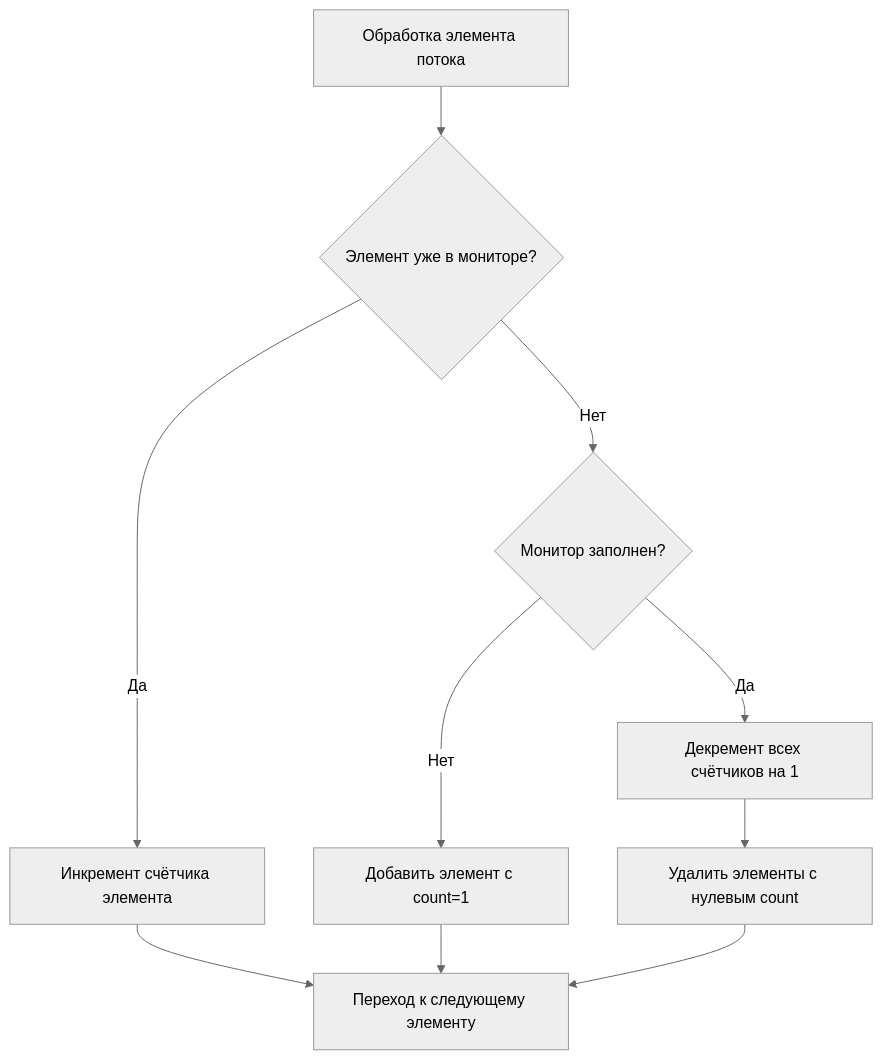
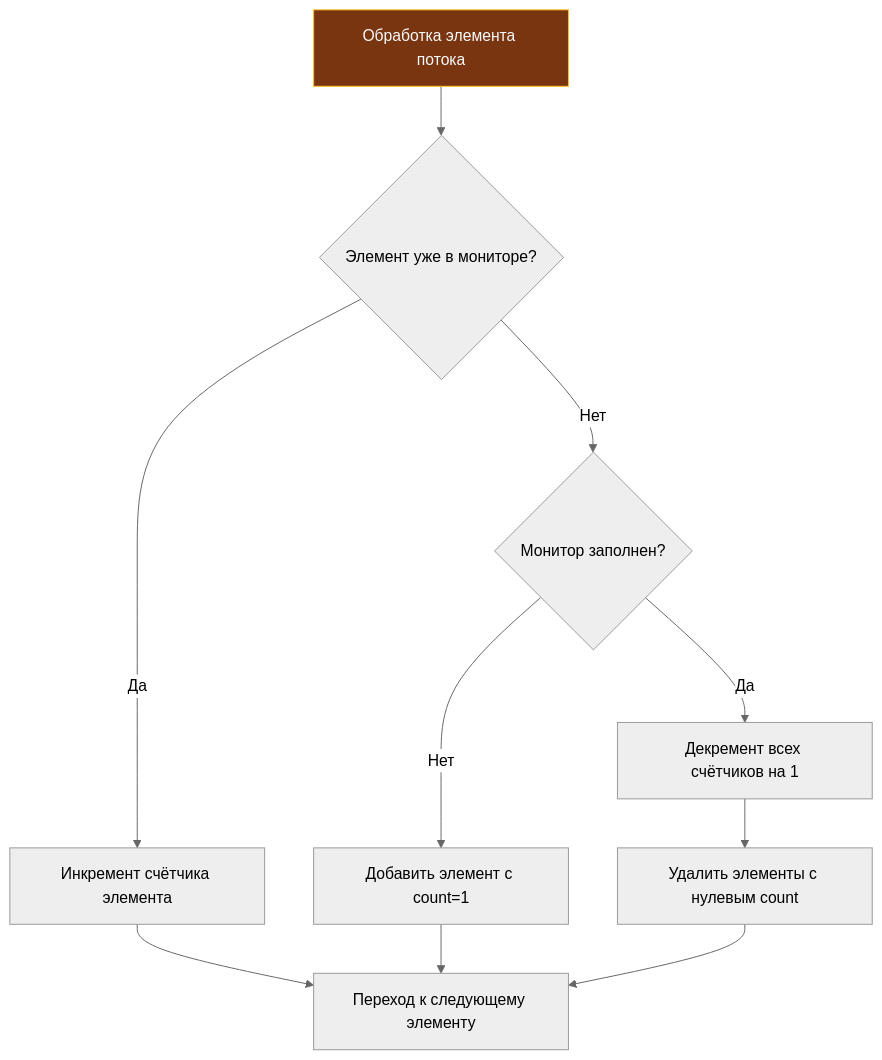
Before and after one commit to UnrealTemplier/go-textbook: the first of 3 diagrams in sources/21. Задачи с LeetCode и собеседований на Go/02. Задачи/28. Потоковые алгоритмы/2. Heavy hitters.md, drawn with Mermaid (neutral theme). The commit also changed other lines of this file and 1666 other files, not shown here.

First line of the commit message:
feat(mermaid): add semantic color classDef to 1369 colorless flowchart/graph diagrams

````diff
--- a/sources/21. Задачи с LeetCode и собеседований на Go/02. Задачи/28. Потоковые алгоритмы/2. Heavy hitters.md
+++ b/sources/21. Задачи с LeetCode и собеседований на Go/02. Задачи/28. Потоковые алгоритмы/2. Heavy hitters.md
@@ -5,12 +5,22 @@
 ```mermaid
 flowchart TD
-  A["Обработка элемента потока"] --> B{"Элемент уже в мониторе?"}
+    classDef process  fill:#1e293b,stroke:#38bdf8,stroke-width:1px,color:#f8fafc
+    classDef success  fill:#064e3b,stroke:#34d399,stroke-width:1px,color:#f8fafc
+    classDef error    fill:#7f1d1d,stroke:#f87171,stroke-width:1px,color:#f8fafc
+    classDef warning  fill:#78350f,stroke:#fbbf24,stroke-width:1px,color:#f8fafc
+    classDef entry    fill:#1e3a5f,stroke:#38bdf8,stroke-width:2px,color:#f8fafc
+    classDef aux      fill:#334155,stroke:#64748b,stroke-width:1px,color:#f8fafc
+    classDef system   fill:#312e81,stroke:#a78bfa,stroke-width:1px,color:#f8fafc
+    classDef data     fill:#132d29,stroke:#2dd4bf,stroke-width:1px,color:#f8fafc
+    classDef network  fill:#881337,stroke:#fb7185,stroke-width:1px,color:#f8fafc
+    classDef accent   fill:#1e1b4b,stroke:#818cf8,stroke-width:1px,color:#f8fafc
+  A["Обработка элемента потока"]:::warning --> B{"Элемент уже в мониторе?"}
   B -->|Да| C["Инкремент счётчика элемента"]
   B -->|Нет| D{"Монитор заполнен?"}
   D -->|Нет| E["Добавить элемент с count=1"]
   D -->|Да| F["Декремент всех счётчиков на 1"]
   F --> G["Удалить элементы с нулевым count"]
   C --> H["Переход к следующему элементу"]
   E --> H
   G --> H
 ```
````
